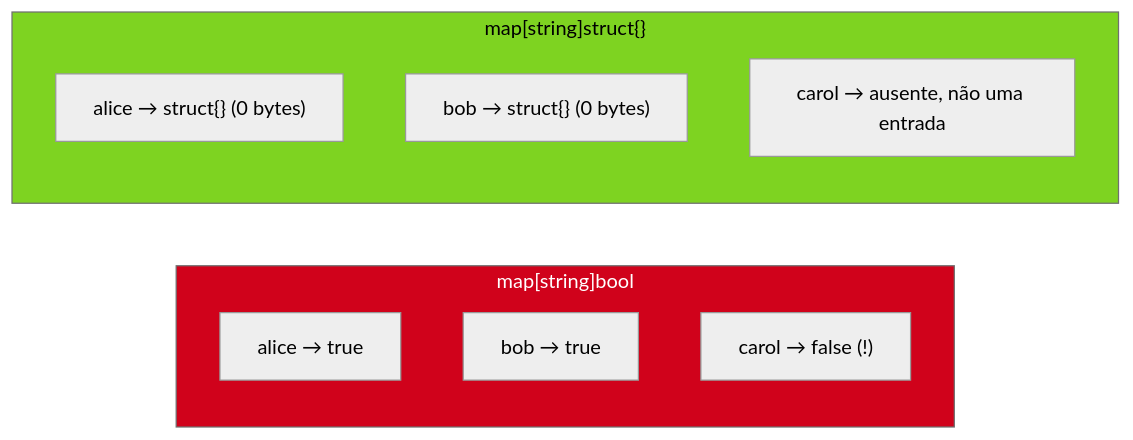
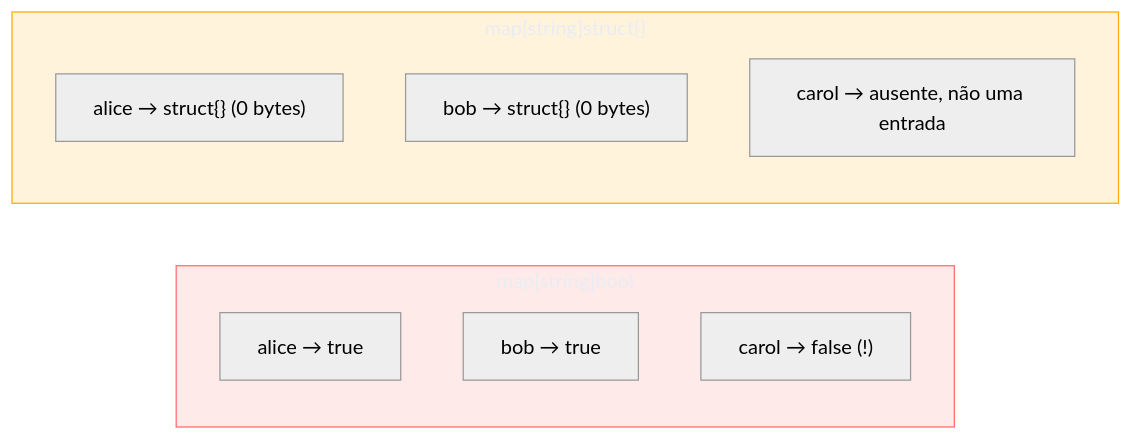
One commit to josenaldo/codex-technomanticus changed the second of 2 diagrams in 03-Dominios/Tecnologia/Go/05 - Coleções e dados/08 - Escolhendo a estrutura de dados certa.md. Above: the diagram before and after it, drawn with Mermaid (neutral theme). The commit also changed other lines of this file and 1181 other files, not shown here.

First line of the commit message:
fix(diagramas): paleta do sistema no lugar de cor cravada no markdown

````diff
--- a/03-Dominios/Tecnologia/Go/05 - Coleções e dados/08 - Escolhendo a estrutura de dados certa.md
+++ b/03-Dominios/Tecnologia/Go/05 - Coleções e dados/08 - Escolhendo a estrutura de dados certa.md
@@ -92,18 +94,20 @@
 ```mermaid
 flowchart LR
+    classDef falha fill:#FF6B6B24,stroke:#FF6B6B,color:#E9ECF2
+    classDef destaque fill:#FFAA0024,stroke:#FFAA00,color:#E9ECF2
     subgraph BoolSet["map[string]bool"]
         direction TB
         B1["alice → true"]
         B2["bob → true"]
         B3["carol → false (!) "]
     end
     subgraph StructSet["map[string]struct{}"]
         direction TB
         S1["alice → struct{} (0 bytes)"]
         S2["bob → struct{} (0 bytes)"]
         S3["carol → ausente, não uma entrada"]
     end
 
-    style BoolSet fill:#D0021B,color:#fff
-    style StructSet fill:#7ED321,color:#000
+    class BoolSet falha
+    class StructSet destaque
 ```
````
